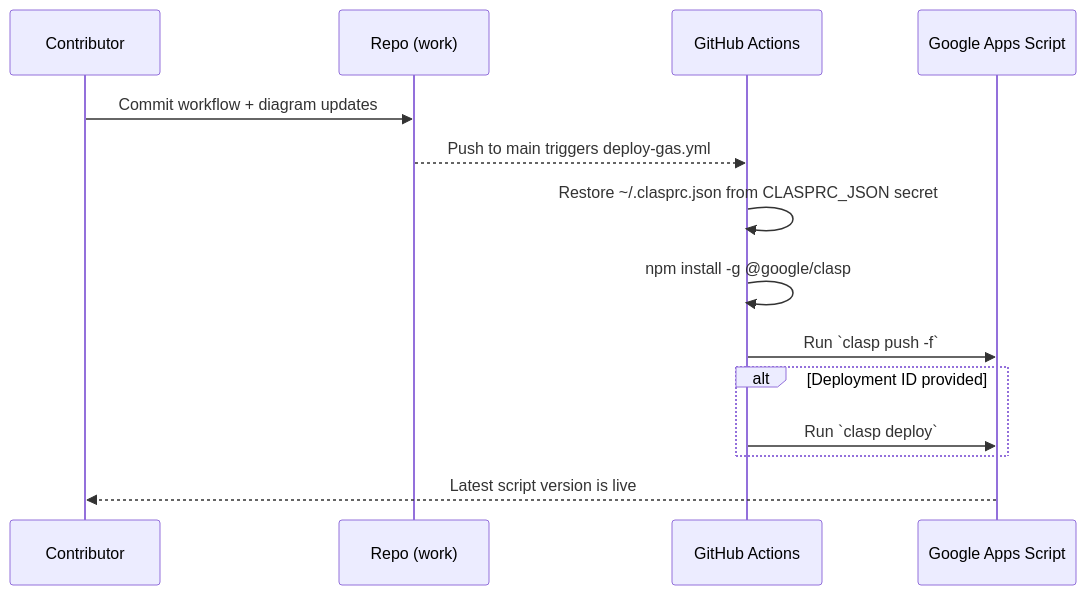
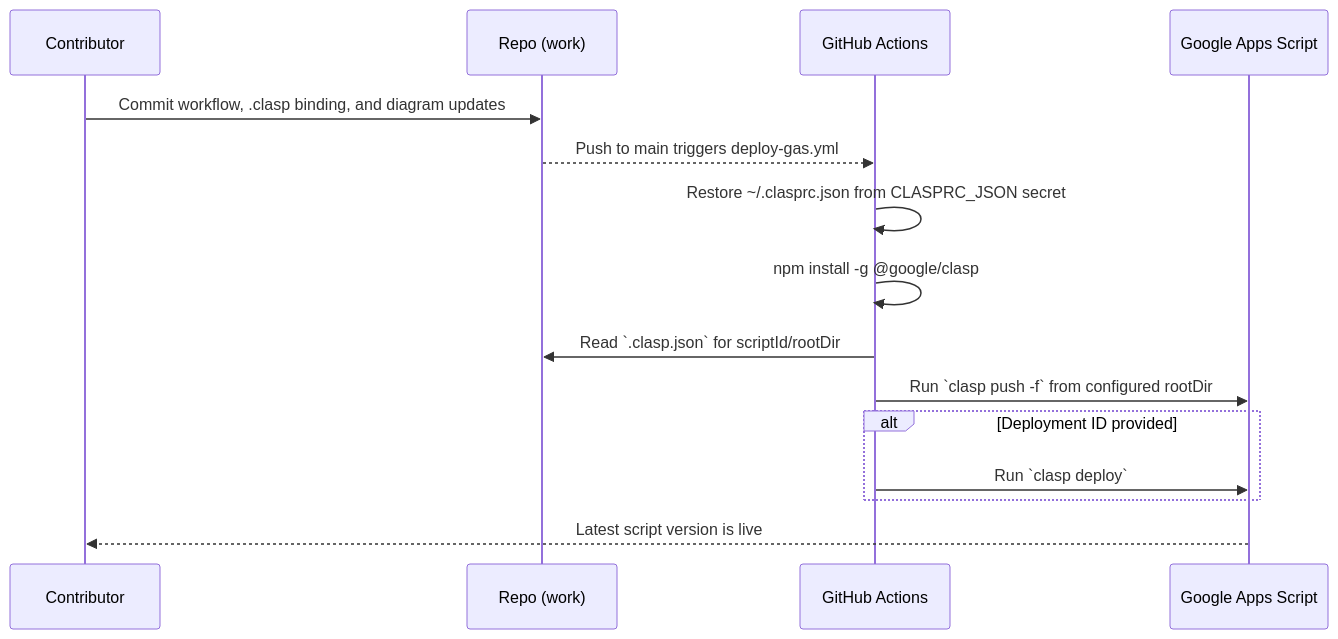
Before and after one commit to muyueh/test-clasp: the third of 5 diagrams in README.md, drawn with Mermaid. The commit also changed other lines of this file and 2 other files, not shown here.

Commit message:
Add clasp config

````diff
--- a/README.md
+++ b/README.md
@@ -27,16 +33,17 @@
 ```mermaid
 sequenceDiagram
     participant Dev as Contributor
     participant Repo as Repo (work)
     participant CI as GitHub Actions
     participant GAS as Google Apps Script
-    Dev->>Repo: Commit workflow + diagram updates
+    Dev->>Repo: Commit workflow, .clasp binding, and diagram updates
     Repo-->>CI: Push to main triggers deploy-gas.yml
     CI->>CI: Restore ~/.clasprc.json from CLASPRC_JSON secret
     CI->>CI: npm install -g @google/clasp
-    CI->>GAS: Run `clasp push -f`
+    CI->>Repo: Read `.clasp.json` for scriptId/rootDir
+    CI->>GAS: Run `clasp push -f` from configured rootDir
     alt Deployment ID provided
         CI->>GAS: Run `clasp deploy`
     end
     GAS-->>Dev: Latest script version is live
 ```
````
